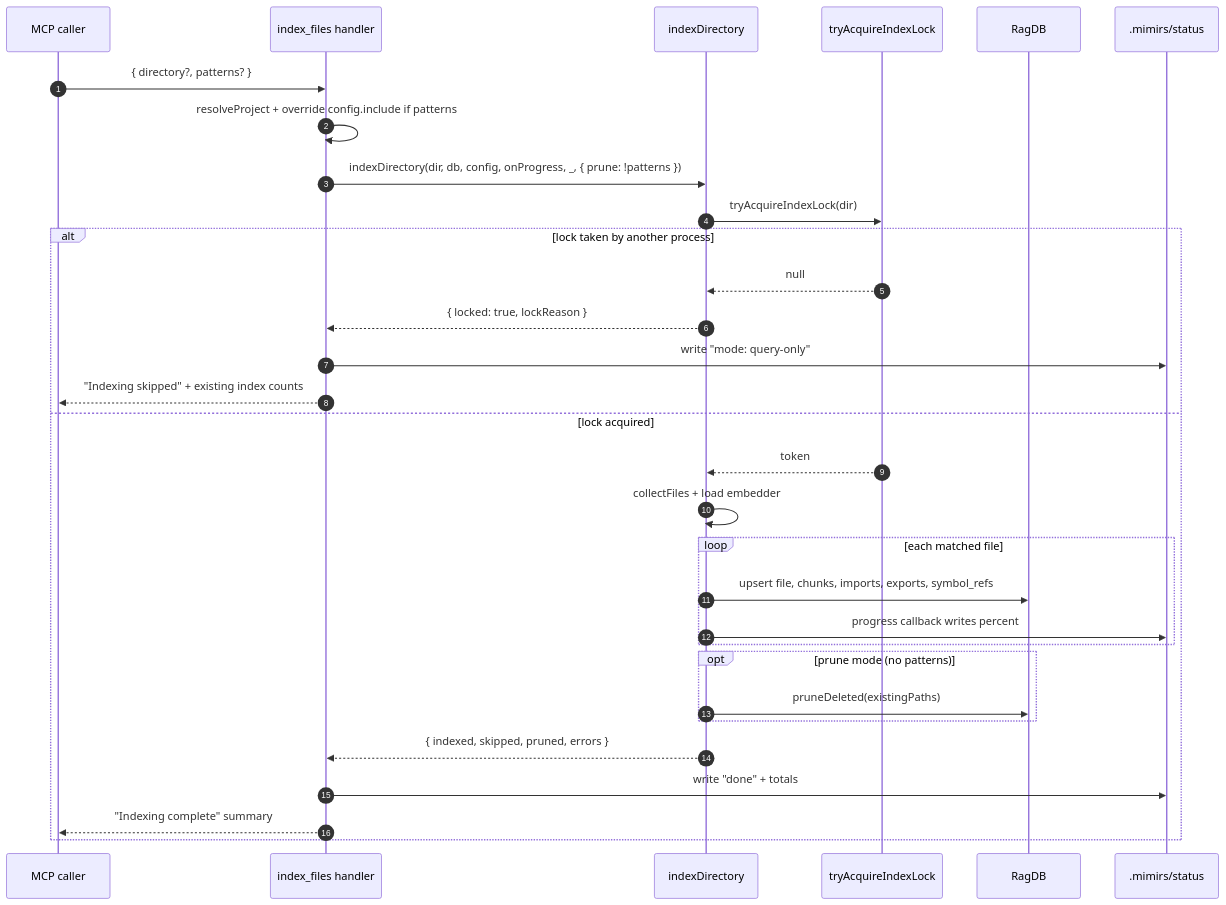
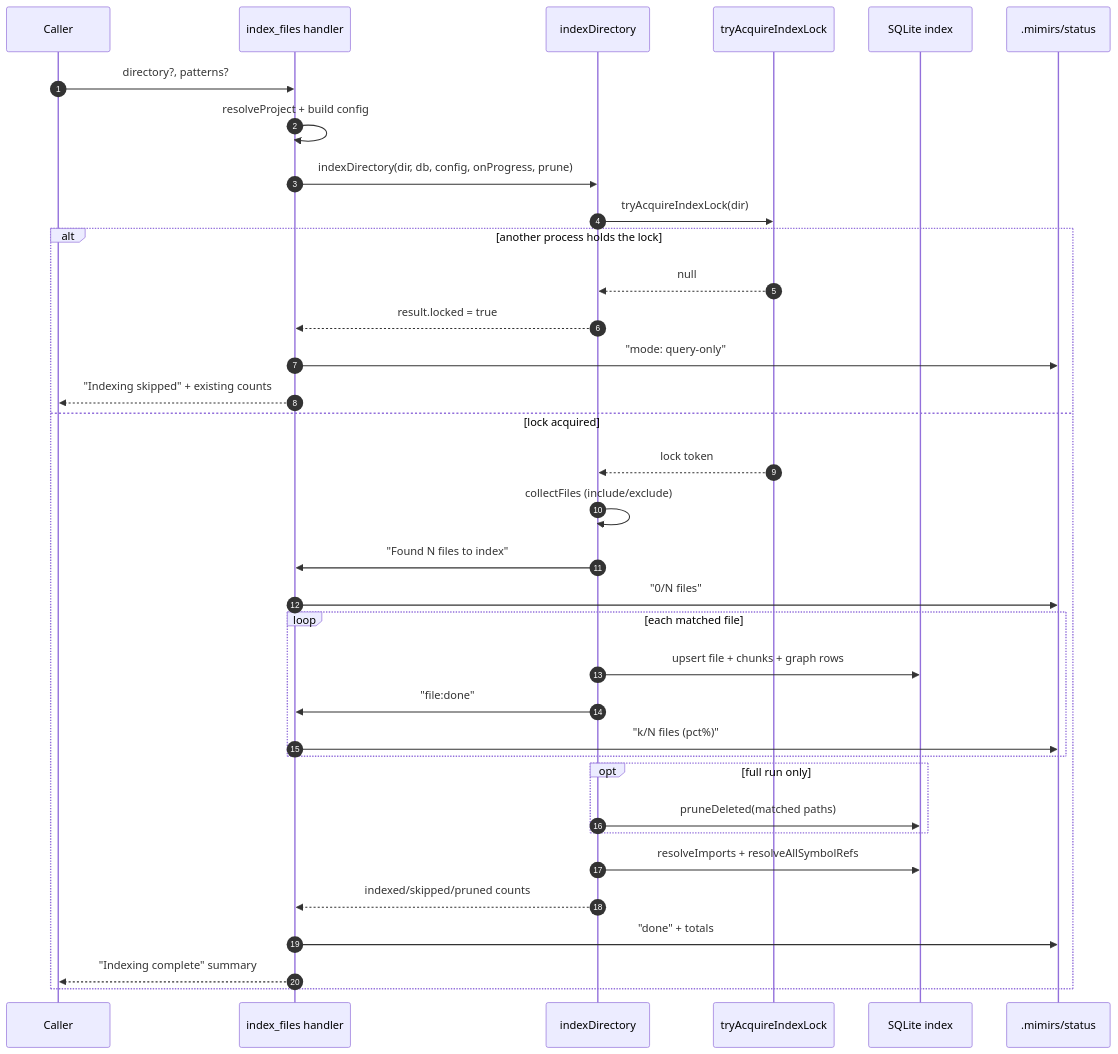
One commit to TheWinci/mimirs changed the diagram in wiki/tools/index-files.md. Above: the diagram before and after it, drawn with Mermaid. The commit also changed other lines of this file and 52 other files, not shown here.

````diff
--- a/wiki/tools/index-files.md
+++ b/wiki/tools/index-files.md
@@ -19,33 +11,38 @@
 ```mermaid
 sequenceDiagram
     autonumber
-    participant Caller as MCP caller
+    participant Caller
     participant Handler as index_files handler
     participant Indexer as indexDirectory
     participant Lock as tryAcquireIndexLock
-    participant DB as RagDB
+    participant DB as SQLite index
     participant Status as .mimirs/status
-    Caller->>Handler: { directory?, patterns? }
-    Handler->>Handler: resolveProject + override config.include if patterns
-    Handler->>Indexer: indexDirectory(dir, db, config, onProgress, _, { prune: !patterns })
+
+    Caller->>Handler: directory?, patterns?
+    Handler->>Handler: resolveProject + build config
+    Handler->>Indexer: indexDirectory(dir, db, config, onProgress, prune)
     Indexer->>Lock: tryAcquireIndexLock(dir)
-    alt lock taken by another process
+    alt another process holds the lock
         Lock-->>Indexer: null
-        Indexer-->>Handler: { locked: true, lockReason }
-        Handler->>Status: write "mode: query-only"
-        Handler-->>Caller: "Indexing skipped" + existing index counts
+        Indexer-->>Handler: result.locked = true
+        Handler->>Status: "mode: query-only"
+        Handler-->>Caller: "Indexing skipped" + existing counts
     else lock acquired
-        Lock-->>Indexer: token
-        Indexer->>Indexer: collectFiles + load embedder
+        Lock-->>Indexer: lock token
+        Indexer->>Indexer: collectFiles (include/exclude)
+        Indexer->>Handler: "Found N files to index"
+        Handler->>Status: "0/N files"
         loop each matched file
-            Indexer->>DB: upsert file, chunks, imports, exports, symbol_refs
-            Indexer->>Status: progress callback writes percent
+            Indexer->>DB: upsert file + chunks + graph rows
+            Indexer->>Handler: "file:done"
+            Handler->>Status: "k/N files (pct%)"
         end
-        opt prune mode (no patterns)
-            Indexer->>DB: pruneDeleted(existingPaths)
+        opt full run only
+            Indexer->>DB: pruneDeleted(matched paths)
         end
-        Indexer-->>Handler: { indexed, skipped, pruned, errors }
-        Handler->>Status: write "done" + totals
+        Indexer->>DB: resolveImports + resolveAllSymbolRefs
+        Indexer-->>Handler: indexed/skipped/pruned counts
+        Handler->>Status: "done" + totals
         Handler-->>Caller: "Indexing complete" summary
     end
 ```
````
